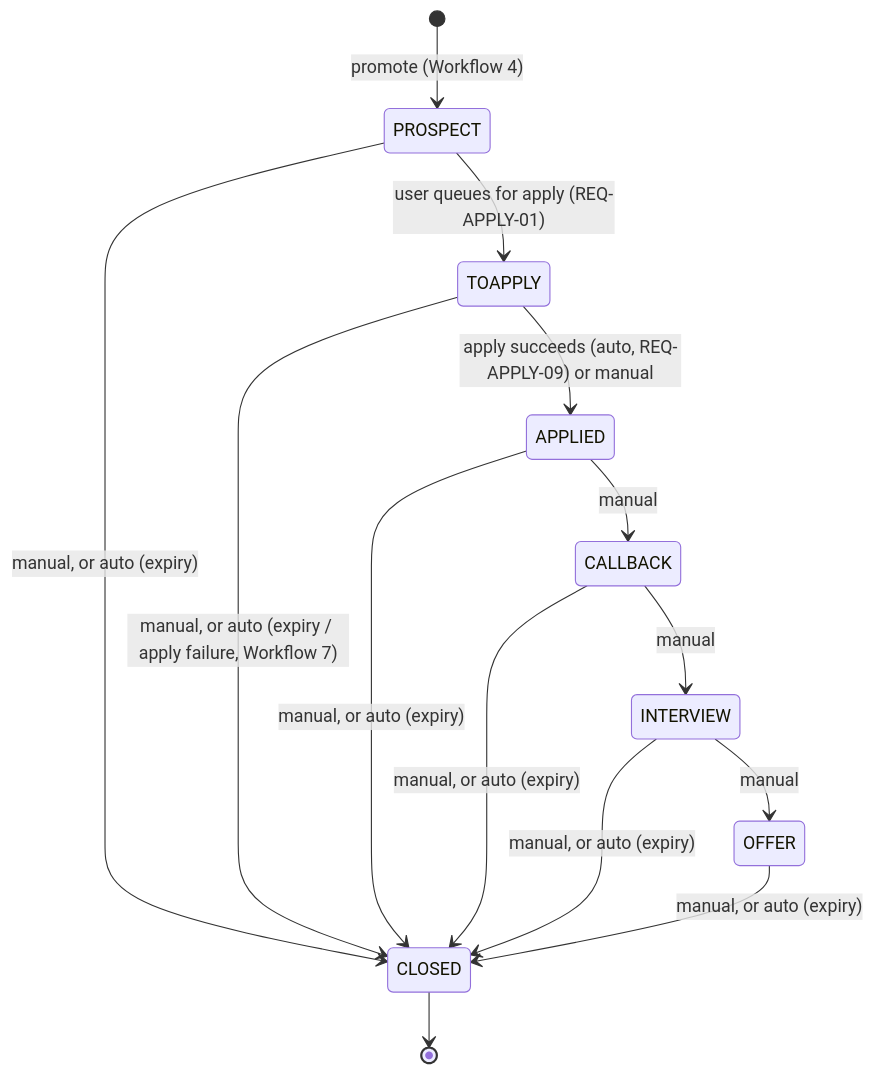
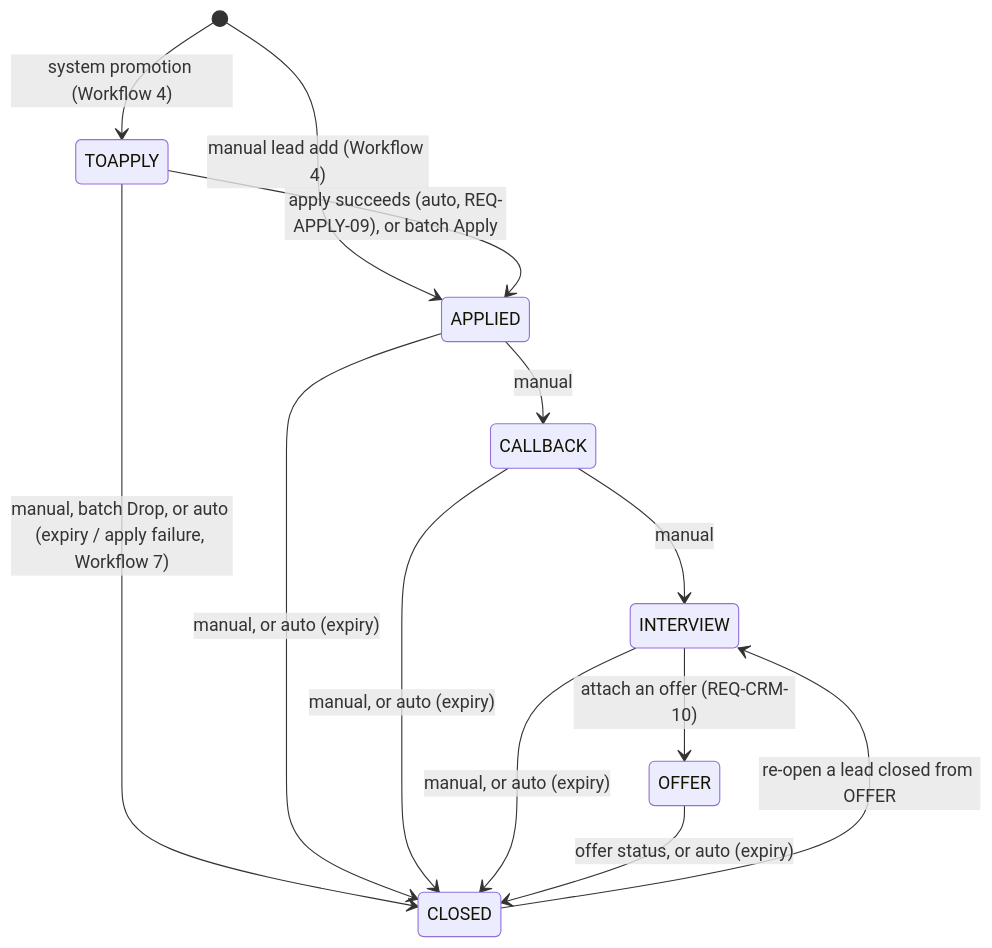
One commit to yayfalafels/easymcf changed the second of 4 diagrams in docs/releases/010/design/010-workflows.md. Above: the diagram before and after it, drawn with Mermaid. The commit also changed other lines of this file and 56 other files, not shown here.

````diff
--- a/docs/releases/010/design/010-workflows.md
+++ b/docs/releases/010/design/010-workflows.md
@@ -91,16 +98,15 @@
 ```mermaid
 stateDiagram-v2
-    [*] --> PROSPECT: promote (Workflow 4)
-    PROSPECT --> TOAPPLY: user queues for apply (REQ-APPLY-01)
-    TOAPPLY --> APPLIED: apply succeeds (auto, REQ-APPLY-09) or manual
+    [*] --> TOAPPLY: system promotion (Workflow 4)
+    [*] --> APPLIED: manual lead add (Workflow 4)
+    TOAPPLY --> APPLIED: apply succeeds (auto, REQ-APPLY-09), or batch Apply
     APPLIED --> CALLBACK: manual
     CALLBACK --> INTERVIEW: manual
-    INTERVIEW --> OFFER: manual
-    PROSPECT --> CLOSED: manual, or auto (expiry)
-    TOAPPLY --> CLOSED: manual, or auto (expiry / apply failure, Workflow 7)
+    INTERVIEW --> OFFER: attach an offer (REQ-CRM-10)
+    TOAPPLY --> CLOSED: manual, batch Drop, or auto (expiry / apply failure, Workflow 7)
     APPLIED --> CLOSED: manual, or auto (expiry)
     CALLBACK --> CLOSED: manual, or auto (expiry)
     INTERVIEW --> CLOSED: manual, or auto (expiry)
-    OFFER --> CLOSED: manual, or auto (expiry)
-    CLOSED --> [*]
+    OFFER --> CLOSED: offer status, or auto (expiry)
+    CLOSED --> INTERVIEW: re-open a lead closed from OFFER
 ```
````
